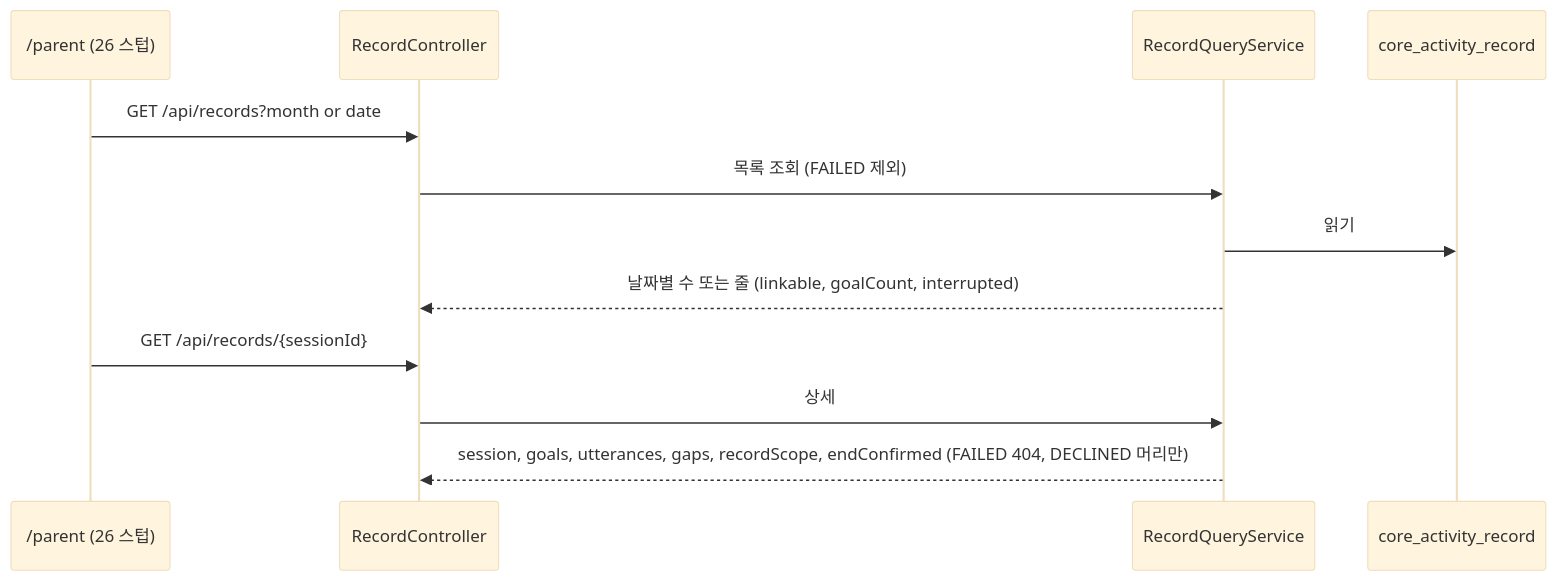
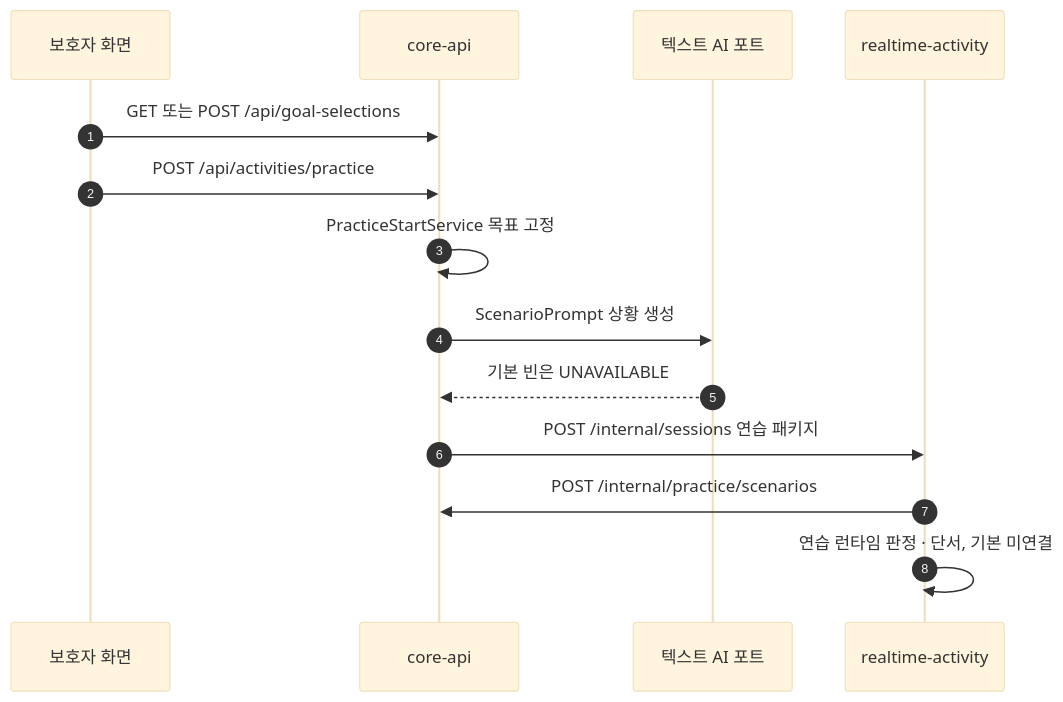
One commit to team-jomyung/mujungi changed the fourth of 4 diagrams in aidlc/spaces/default/codekb/mujungi/architecture.md. Above: the diagram before and after it, drawn with Mermaid (base theme). The commit also changed other lines of this file and 138 other files, not shown here.

````diff
--- a/aidlc/spaces/default/codekb/mujungi/architecture.md
+++ b/aidlc/spaces/default/codekb/mujungi/architecture.md
@@ -146,15 +162,16 @@
 ```mermaid
 sequenceDiagram
-  participant FE as /parent (26 스텁)
-  participant RC as RecordController
-  participant QS as RecordQueryService
-  participant DB as core_activity_record
-
-  FE->>RC: GET /api/records?month or date
-  RC->>QS: 목록 조회 (FAILED 제외)
-  QS->>DB: 읽기
-  QS-->>RC: 날짜별 수 또는 줄 (linkable, goalCount, interrupted)
-  FE->>RC: GET /api/records/{sessionId}
-  RC->>QS: 상세
-  QS-->>RC: session, goals, utterances, gaps, recordScope, endConfirmed (FAILED 404, DECLINED 머리만)
+    autonumber
+    participant P as 보호자 화면
+    participant C as core-api
+    participant T as 텍스트 AI 포트
+    participant R as realtime-activity
+    P->>C: GET 또는 POST /api/goal-selections
+    P->>C: POST /api/activities/practice
+    C->>C: PracticeStartService 목표 고정
+    C->>T: ScenarioPrompt 상황 생성
+    T-->>C: 기본 빈은 UNAVAILABLE
+    C->>R: POST /internal/sessions 연습 패키지
+    R->>C: POST /internal/practice/scenarios
+    R->>R: 연습 런타임 판정 · 단서, 기본 미연결
 ```
````
